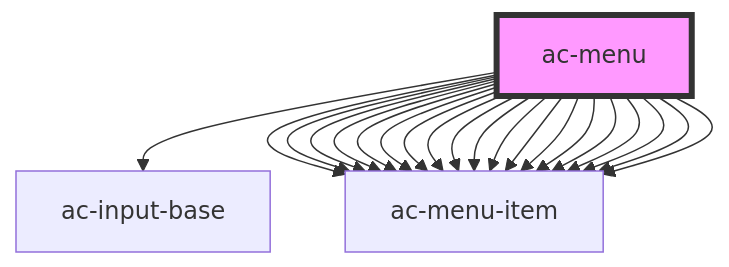
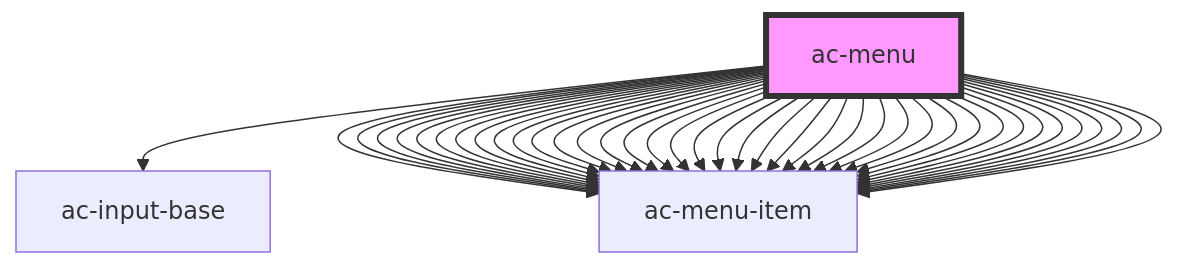
One commit to accera-tech/solar-components changed the diagram in src/components/molecules/ac-menu/readme.md. Above: the diagram before and after it, drawn with Mermaid. The commit also changed other lines of this file and 20 other files, not shown here.

````diff
--- a/src/components/molecules/ac-menu/readme.md
+++ b/src/components/molecules/ac-menu/readme.md
@@ -52,24 +71,43 @@
 ```mermaid
 graph TD;
   ac-menu --> ac-input-base
   ac-menu --> ac-menu-item
   ac-menu --> ac-menu-item
   ac-menu --> ac-menu-item
   ac-menu --> ac-menu-item
   ac-menu --> ac-menu-item
   ac-menu --> ac-menu-item
   ac-menu --> ac-menu-item
   ac-menu --> ac-menu-item
   ac-menu --> ac-menu-item
   ac-menu --> ac-menu-item
   ac-menu --> ac-menu-item
   ac-menu --> ac-menu-item
   ac-menu --> ac-menu-item
   ac-menu --> ac-menu-item
   ac-menu --> ac-menu-item
   ac-menu --> ac-menu-item
   ac-menu --> ac-menu-item
   ac-menu --> ac-menu-item
   ac-menu --> ac-menu-item
+  ac-menu --> ac-menu-item
+  ac-menu --> ac-menu-item
+  ac-menu --> ac-menu-item
+  ac-menu --> ac-menu-item
+  ac-menu --> ac-menu-item
+  ac-menu --> ac-menu-item
+  ac-menu --> ac-menu-item
+  ac-menu --> ac-menu-item
+  ac-menu --> ac-menu-item
+  ac-menu --> ac-menu-item
+  ac-menu --> ac-menu-item
+  ac-menu --> ac-menu-item
+  ac-menu --> ac-menu-item
+  ac-menu --> ac-menu-item
+  ac-menu --> ac-menu-item
+  ac-menu --> ac-menu-item
+  ac-menu --> ac-menu-item
+  ac-menu --> ac-menu-item
+  ac-menu --> ac-menu-item
   style ac-menu fill:#f9f,stroke:#333,stroke-width:4px
 ```
````
